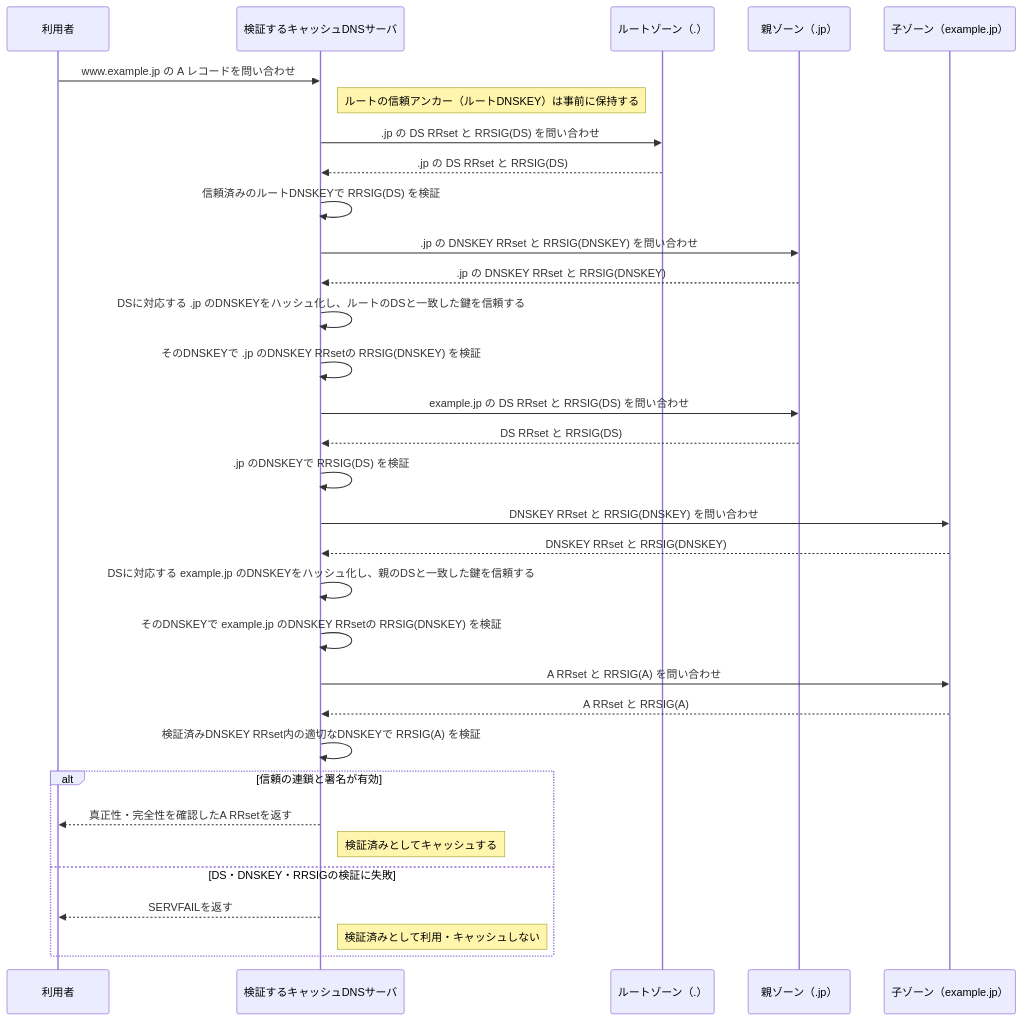
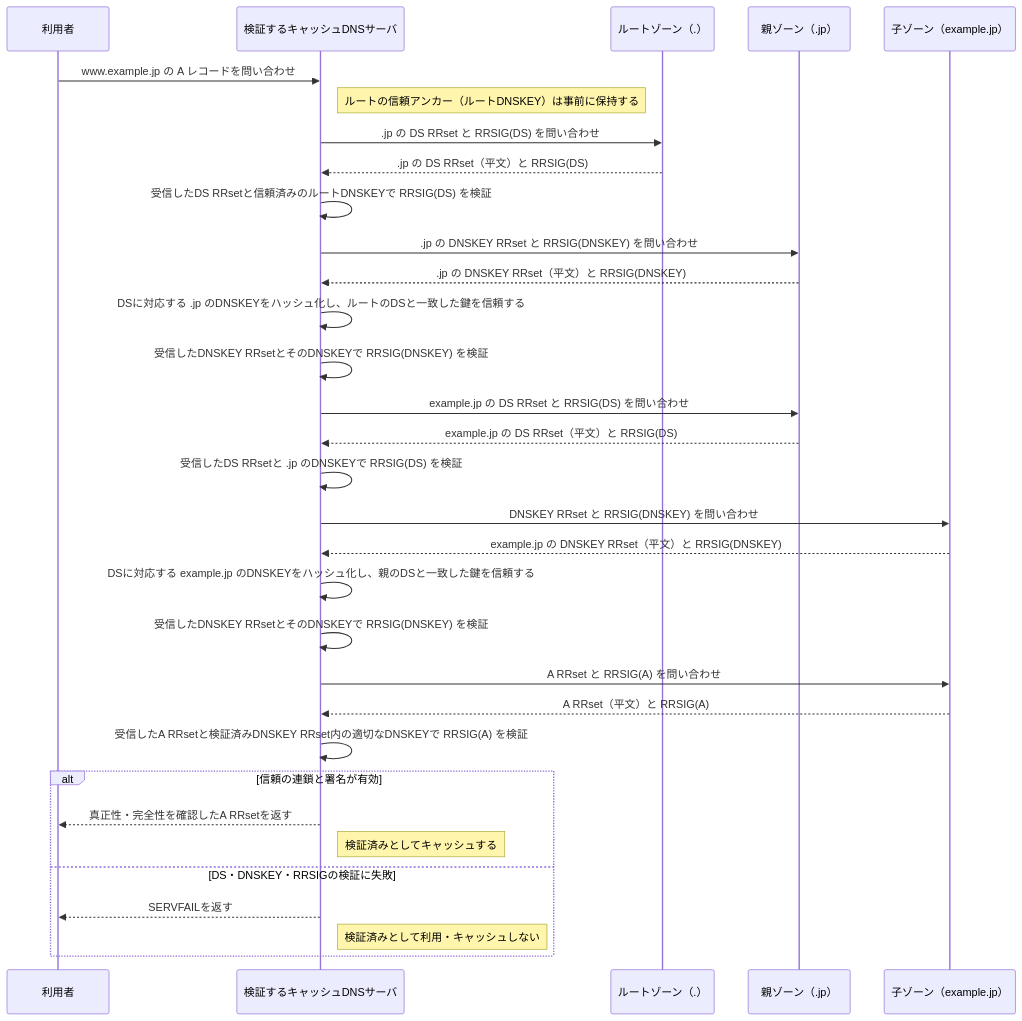
Before and after one commit to ryusuke2003/security-specialist-study: the diagram in 復習用/流れ図/DNSSEC.md, drawn with Mermaid. The commit also changed other lines of this file, not shown here.

Commit message:
dnssecの流れをよりわかりやすくする

````diff
--- a/復習用/流れ図/DNSSEC.md
+++ b/復習用/流れ図/DNSSEC.md
@@ -3,36 +3,36 @@
 ```mermaid
 sequenceDiagram
     participant U as 利用者
     participant R as 検証するキャッシュDNSサーバ
     participant Z as ルートゾーン（.）
     participant P as 親ゾーン（.jp）
     participant A as 子ゾーン（example.jp）
 
     U->>R: www.example.jp の A レコードを問い合わせ
     Note right of R: ルートの信頼アンカー（ルートDNSKEY）は事前に保持する
     R->>Z: .jp の DS RRset と RRSIG(DS) を問い合わせ
-    Z-->>R: .jp の DS RRset と RRSIG(DS)
-    R->>R: 信頼済みのルートDNSKEYで RRSIG(DS) を検証
+    Z-->>R: .jp の DS RRset（平文）と RRSIG(DS)
+    R->>R: 受信したDS RRsetと信頼済みのルートDNSKEYで RRSIG(DS) を検証
     R->>P: .jp の DNSKEY RRset と RRSIG(DNSKEY) を問い合わせ
-    P-->>R: .jp の DNSKEY RRset と RRSIG(DNSKEY)
+    P-->>R: .jp の DNSKEY RRset（平文）と RRSIG(DNSKEY)
     R->>R: DSに対応する .jp のDNSKEYをハッシュ化し、ルートのDSと一致した鍵を信頼する
-    R->>R: そのDNSKEYで .jp のDNSKEY RRsetの RRSIG(DNSKEY) を検証
+    R->>R: 受信したDNSKEY RRsetとそのDNSKEYで RRSIG(DNSKEY) を検証
     R->>P: example.jp の DS RRset と RRSIG(DS) を問い合わせ
-    P-->>R: DS RRset と RRSIG(DS)
-    R->>R: .jp のDNSKEYで RRSIG(DS) を検証
+    P-->>R: example.jp の DS RRset（平文）と RRSIG(DS)
+    R->>R: 受信したDS RRsetと .jp のDNSKEYで RRSIG(DS) を検証
     R->>A: DNSKEY RRset と RRSIG(DNSKEY) を問い合わせ
-    A-->>R: DNSKEY RRset と RRSIG(DNSKEY)
+    A-->>R: example.jp の DNSKEY RRset（平文）と RRSIG(DNSKEY)
     R->>R: DSに対応する example.jp のDNSKEYをハッシュ化し、親のDSと一致した鍵を信頼する
-    R->>R: そのDNSKEYで example.jp のDNSKEY RRsetの RRSIG(DNSKEY) を検証
+    R->>R: 受信したDNSKEY RRsetとそのDNSKEYで RRSIG(DNSKEY) を検証
     R->>A: A RRset と RRSIG(A) を問い合わせ
-    A-->>R: A RRset と RRSIG(A)
-    R->>R: 検証済みDNSKEY RRset内の適切なDNSKEYで RRSIG(A) を検証
+    A-->>R: A RRset（平文）と RRSIG(A)
+    R->>R: 受信したA RRsetと検証済みDNSKEY RRset内の適切なDNSKEYで RRSIG(A) を検証
 
     alt 信頼の連鎖と署名が有効
         R-->>U: 真正性・完全性を確認したA RRsetを返す
         Note right of R: 検証済みとしてキャッシュする
     else DS・DNSKEY・RRSIGの検証に失敗
         R-->>U: SERVFAILを返す
         Note right of R: 検証済みとして利用・キャッシュしない
     end
 ```
````
